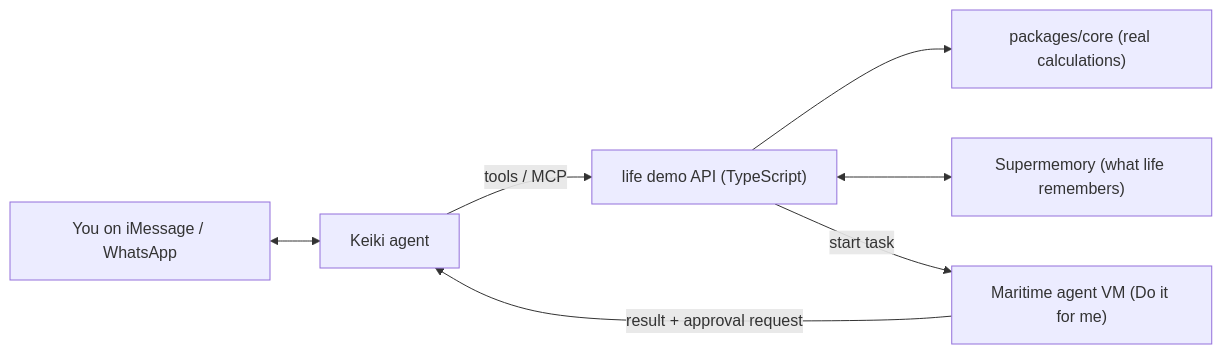
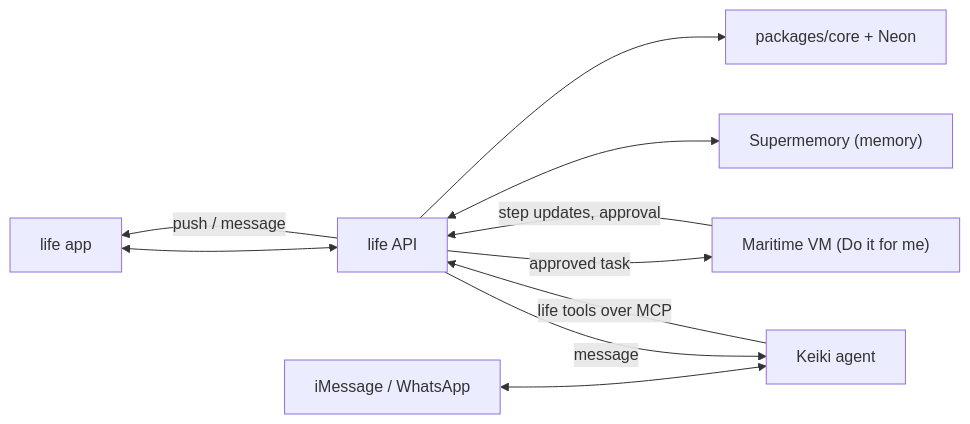
The diagram in COMPETITION.md (EmotiveImpact/LifeOS), drawn with Mermaid before and after one commit. The commit also changed other lines of this file and 7 other files, not shown here.

First line of the commit message:
Use Keiki, Supermemory and Maritime inside the app

````diff
--- a/COMPETITION.md
+++ b/COMPETITION.md
@@ -18,9 +15,12 @@
 ```mermaid
 flowchart LR
-  U["You on iMessage / WhatsApp"] <--> K["Keiki agent"]
-  K -- tools / MCP --> API["life demo API (TypeScript)"]
-  API --> Core["packages/core (real calculations)"]
-  API <--> SM["Supermemory (what life remembers)"]
-  API -- start task --> M["Maritime agent VM (Do it for me)"]
-  M -- result + approval request --> K
+  App["life app"] <--> API["life API"]
+  Text["iMessage / WhatsApp"] <--> K["Keiki agent"]
+  K -- life tools over MCP --> API
+  API --> Core["packages/core + Neon"]
+  API <--> SM["Supermemory (memory)"]
+  API -- approved task --> M["Maritime VM (Do it for me)"]
+  M -- step updates, approval --> API
+  API -- push / message --> App
+  API -- message --> K
 ```
````
